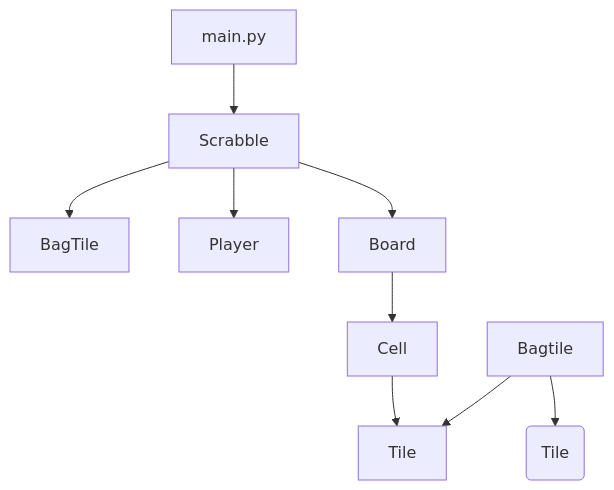
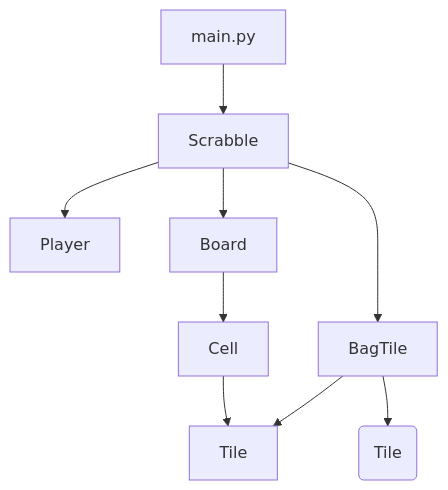
Before and after one commit to um-computacion-tm/scrabble-2023-EVAnci: the diagram in README.md, drawn with Mermaid.

````diff
--- a/README.md
+++ b/README.md
@@ -79,11 +79,11 @@
 ```mermaid
 graph TD;
     main.py-->Scrabble;
     Scrabble-->BagTile;
     Scrabble-->Player;
     Scrabble-->Board;
-    Bagtile-->Tile;
-    Bagtile-->Wildcard(Tile);
+    BagTile-->Tile;
+    BagTile-->Wildcard(Tile);
     Board-->Cell;
     Cell-->Tile;
 ```
````
